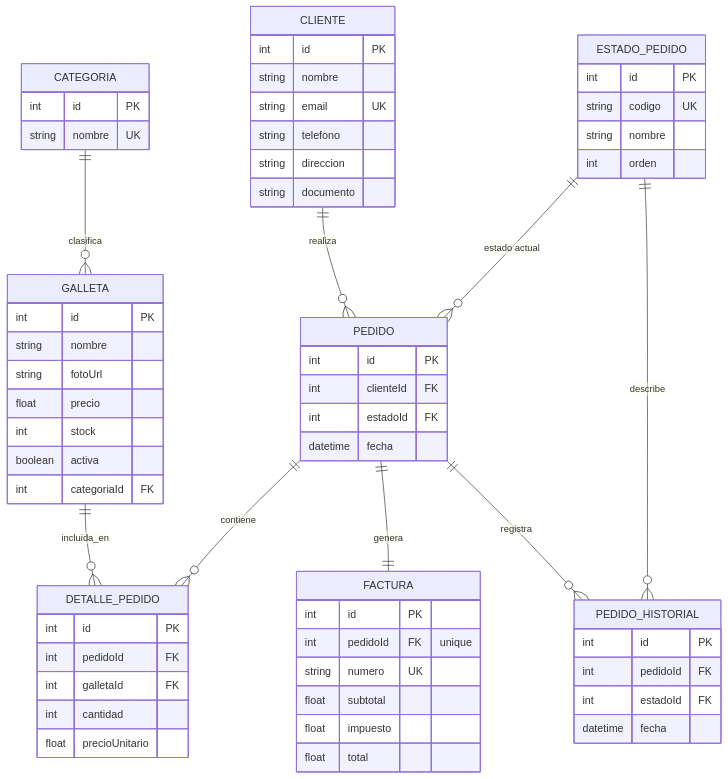
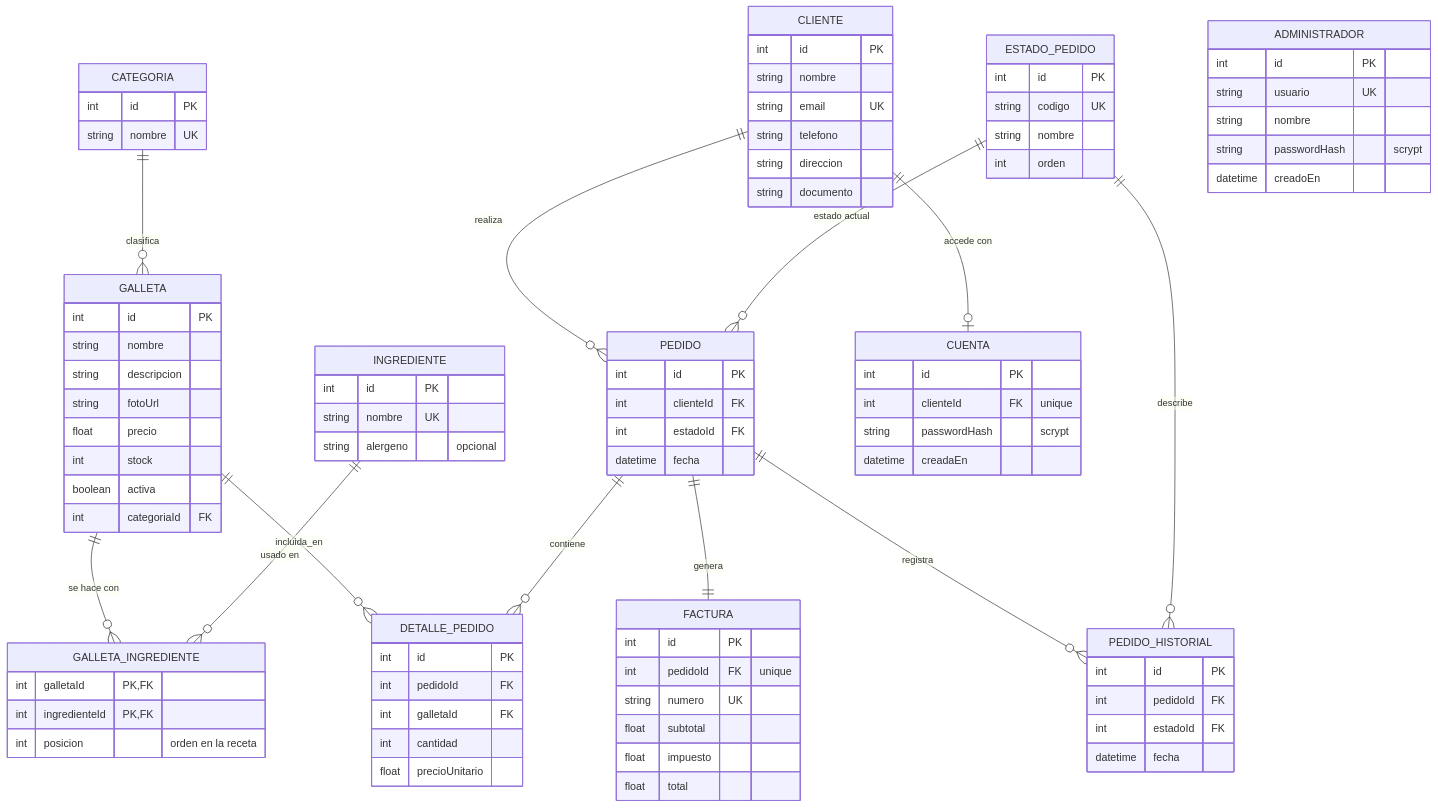
One commit to dscanavall11/tienda-galletas changed the first of 2 diagrams in README.md. Above: the diagram before and after it, drawn with Mermaid. The commit also changed other lines of this file and 1 other file, not shown here.

````diff
--- a/README.md
+++ b/README.md
@@ -67,8 +124,11 @@
 ```mermaid
 erDiagram
     CATEGORIA ||--o{ GALLETA : clasifica
+    GALLETA ||--o{ GALLETA_INGREDIENTE : "se hace con"
+    INGREDIENTE ||--o{ GALLETA_INGREDIENTE : "usado en"
     GALLETA ||--o{ DETALLE_PEDIDO : incluida_en
     CLIENTE ||--o{ PEDIDO : realiza
+    CLIENTE ||--o| CUENTA : "accede con"
     ESTADO_PEDIDO ||--o{ PEDIDO : "estado actual"
     PEDIDO ||--o{ DETALLE_PEDIDO : contiene
     PEDIDO ||--|| FACTURA : genera
@@ -79,9 +139,20 @@
         int id PK
         string nombre UK
     }
+    INGREDIENTE {
+        int id PK
+        string nombre UK
+        string alergeno "opcional"
+    }
+    GALLETA_INGREDIENTE {
+        int galletaId PK, FK
+        int ingredienteId PK, FK
+        int posicion "orden en la receta"
+    }
     GALLETA {
         int id PK
         string nombre
+        string descripcion
         string fotoUrl
         float precio
         int stock
@@ -95,6 +166,19 @@
         string telefono
         string direccion
         string documento
+    }
+    CUENTA {
+        int id PK
+        int clienteId FK "unique"
+        string passwordHash "scrypt"
+        datetime creadaEn
+    }
+    ADMINISTRADOR {
+        int id PK
+        string usuario UK
+        string nombre
+        string passwordHash "scrypt"
+        datetime creadoEn
     }
     ESTADO_PEDIDO {
         int id PK
````
